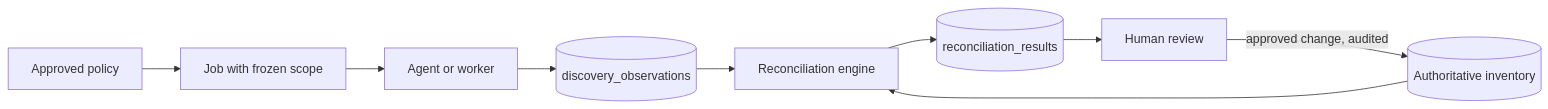
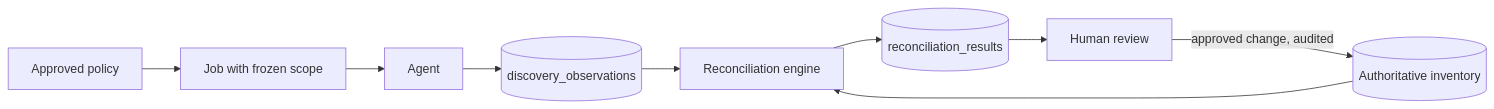
One commit to HasithaErandika/df-ipam changed the diagram in docs/discovery-and-reconciliation.md. Above: the diagram before and after it, drawn with Mermaid. The commit also changed other lines of this file and 16 other files, not shown here.

````diff
--- a/docs/discovery-and-reconciliation.md
+++ b/docs/discovery-and-reconciliation.md
@@ -5,11 +5,11 @@
 ```mermaid
 flowchart LR
   P[Approved policy] --> J[Job with frozen scope]
-  J --> A[Agent or worker]
+  J --> A[Agent]
   A --> O[(discovery_observations)]
   O --> R[Reconciliation engine]
   I[(Authoritative inventory)] --> R
   R --> F[(reconciliation_results)]
   F --> H[Human review]
   H -->|approved change, audited| I
 ```
````
